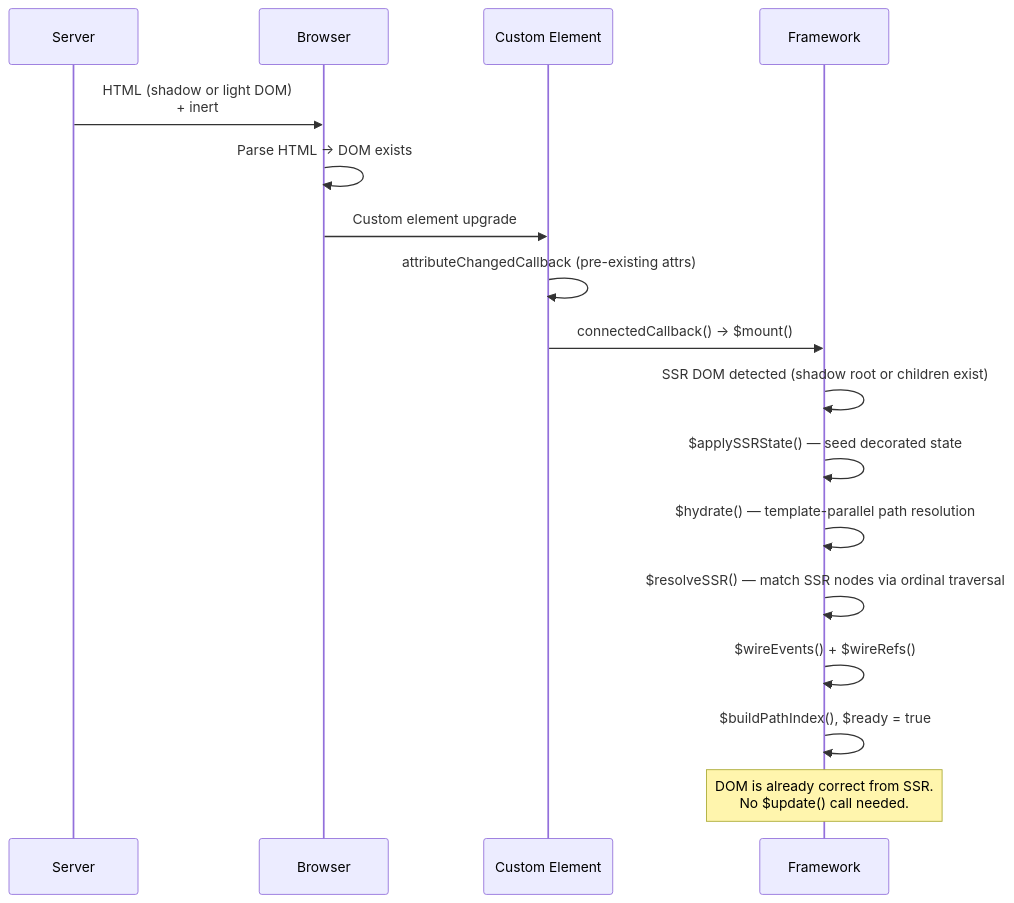
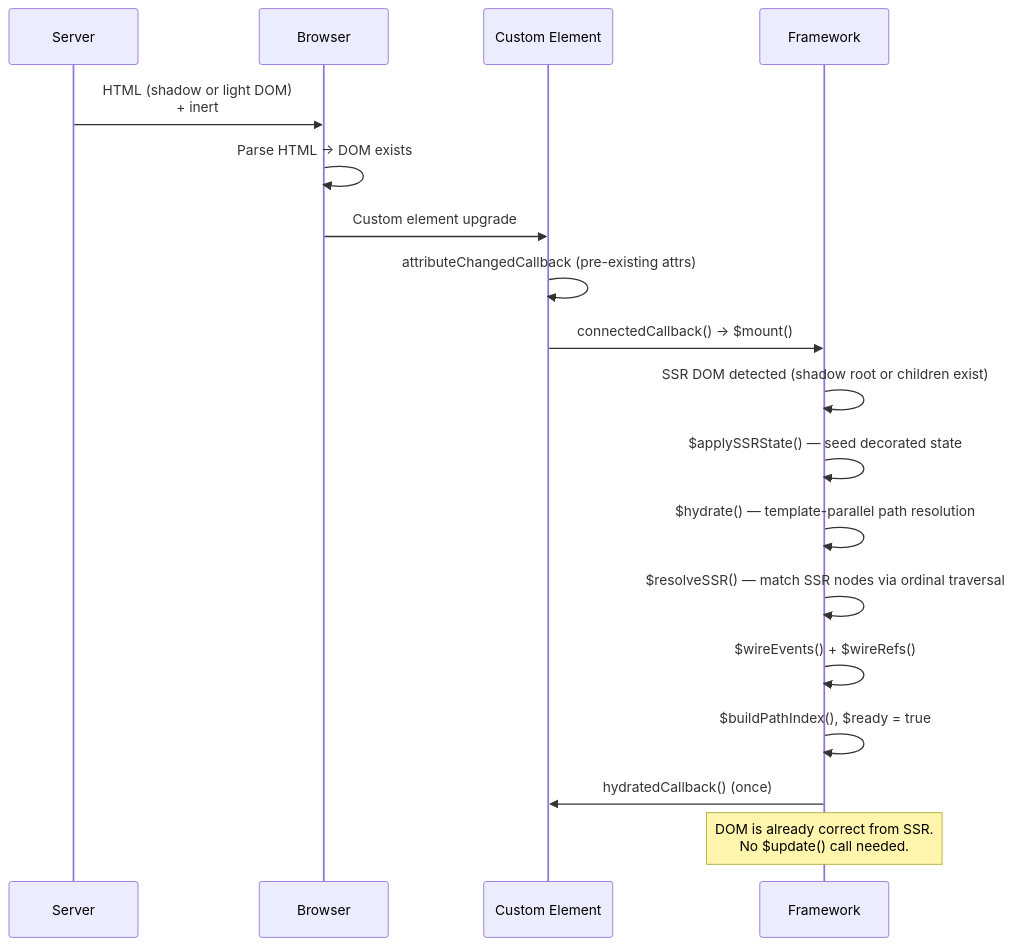
Before and after one commit to microsoft/webui: the third of 6 diagrams in packages/webui-framework/README.md, drawn with Mermaid. The commit also changed other lines of this file and 78 other files, not shown here.

````diff
--- a/packages/webui-framework/README.md
+++ b/packages/webui-framework/README.md
@@ -521,20 +530,21 @@
 ```mermaid
 sequenceDiagram
     participant Server
     participant Browser
     participant CE as Custom Element
     participant FW as Framework
 
     Server->>Browser: HTML (shadow or light DOM)<br/>+ inert #webui-data JSON
     Browser->>Browser: Parse HTML → DOM exists
     Browser->>CE: Custom element upgrade
     CE->>CE: attributeChangedCallback (pre-existing attrs)
     CE->>FW: connectedCallback() → $mount()
     FW->>FW: SSR DOM detected (shadow root or children exist)
     FW->>FW: $applySSRState() — seed decorated state
     FW->>FW: $hydrate() — template-parallel path resolution
     FW->>FW: $resolveSSR() — match SSR nodes via ordinal traversal
     FW->>FW: $wireEvents() + $wireRefs()
     FW->>FW: $buildPathIndex(), $ready = true
+    FW->>CE: hydratedCallback() (once)
     Note over FW: DOM is already correct from SSR.<br/>No $update() call needed.
 ```
````
